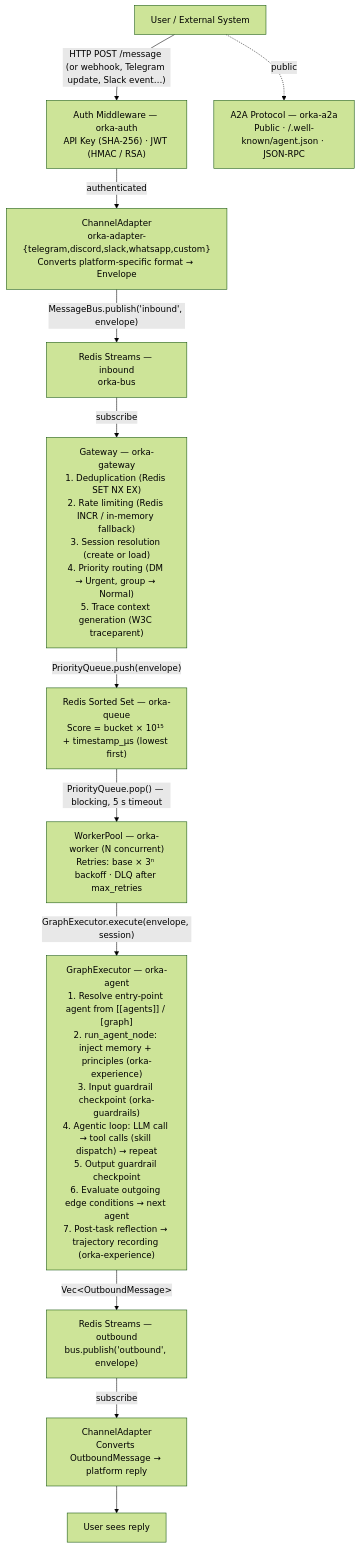
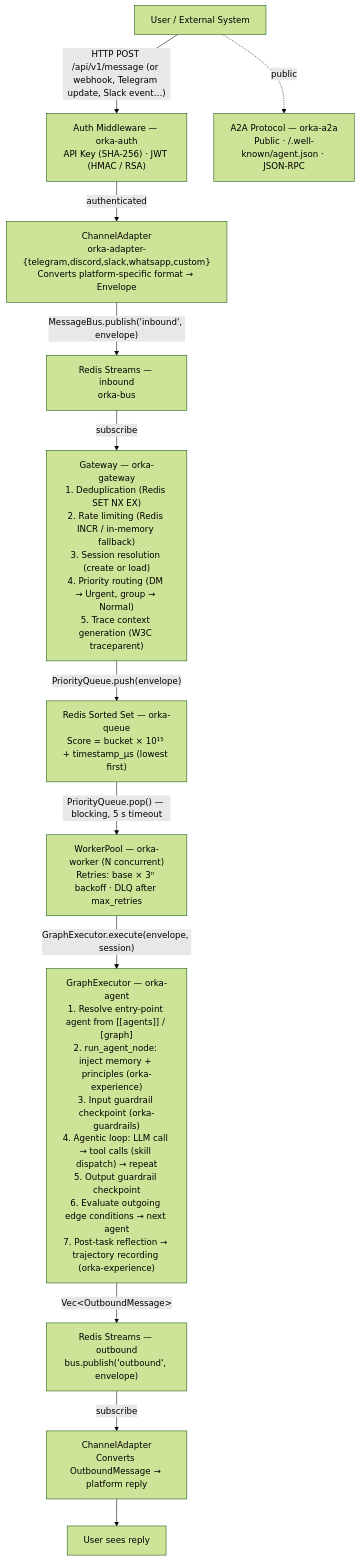
Before and after one commit to gianlucamazza/orka: the first of 2 diagrams in docs/reference/architecture.md, drawn with Mermaid (forest theme). The commit also changed other lines of this file and 6 other files, not shown here.

````diff
--- a/docs/reference/architecture.md
+++ b/docs/reference/architecture.md
@@ -7,27 +7,27 @@
 ```mermaid
 flowchart TD
     User["User / External System"]
     Auth["Auth Middleware — orka-auth<br/>API Key (SHA-256) · JWT (HMAC / RSA)"]
     CA1["ChannelAdapter<br/>orka-adapter-{telegram,discord,slack,whatsapp,custom}<br/>Converts platform-specific format → Envelope"]
     RS1["Redis Streams — inbound<br/>orka-bus"]
     GW["Gateway — orka-gateway<br/>1. Deduplication (Redis SET NX EX)<br/>2. Rate limiting (Redis INCR / in-memory fallback)<br/>3. Session resolution (create or load)<br/>4. Priority routing (DM → Urgent, group → Normal)<br/>5. Trace context generation (W3C traceparent)"]
     PQ["Redis Sorted Set — orka-queue<br/>Score = bucket × 10¹⁵ + timestamp_µs (lowest first)"]
     WP["WorkerPool — orka-worker (N concurrent)<br/>Retries: base × 3ⁿ backoff · DLQ after max_retries"]
     WH["GraphExecutor — orka-agent<br/>1. Resolve entry-point agent from [[agents]] / [graph]<br/>2. run_agent_node: inject memory + principles (orka-experience)<br/>3. Input guardrail checkpoint (orka-guardrails)<br/>4. Agentic loop: LLM call → tool calls (skill dispatch) → repeat<br/>5. Output guardrail checkpoint<br/>6. Evaluate outgoing edge conditions → next agent<br/>7. Post-task reflection → trajectory recording (orka-experience)"]
     RS2["Redis Streams — outbound<br/>bus.publish('outbound', envelope)"]
     CA2["ChannelAdapter<br/>Converts OutboundMessage → platform reply"]
     Reply["User sees reply"]
     A2A["A2A Protocol — orka-a2a<br/>Public · /.well-known/agent.json · JSON-RPC"]
 
-    User -->|"HTTP POST /message (or webhook, Telegram update, Slack event…)"| Auth
+    User -->|"HTTP POST /api/v1/message (or webhook, Telegram update, Slack event…)"| Auth
     User -.->|"public"| A2A
     Auth -->|"authenticated"| CA1
     CA1 -->|"MessageBus.publish('inbound', envelope)"| RS1
     RS1 -->|"subscribe"| GW
     GW -->|"PriorityQueue.push(envelope)"| PQ
     PQ -->|"PriorityQueue.pop() — blocking, 5 s timeout"| WP
     WP -->|"GraphExecutor.execute(envelope, session)"| WH
     WH -->|"Vec&lt;OutboundMessage&gt;"| RS2
     RS2 -->|"subscribe"| CA2
     CA2 --> Reply
 ```
````
